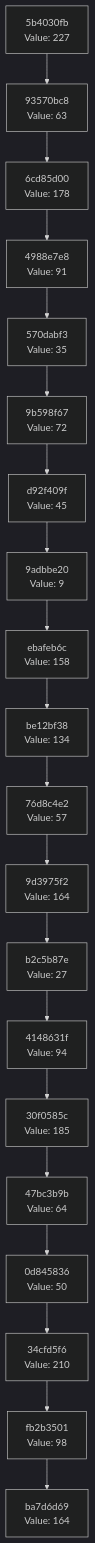
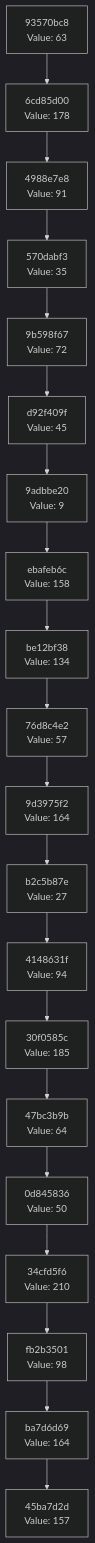
Before and after one commit to Abhisheksinha1506/hash-chain-evolver: the diagram in docs/CHAIN_VISUALIZATION.md, drawn with Mermaid (dark theme). The commit also changed 2 other files, not shown here.

Commit message:
Evolution Step

````diff
--- a/docs/CHAIN_VISUALIZATION.md
+++ b/docs/CHAIN_VISUALIZATION.md
@@ -3,42 +3,42 @@
 ```mermaid
 graph TD
-    C0["ba7d6d69<br/>Value: 164"]
-    C1["fb2b3501<br/>Value: 98"]
+    C0["45ba7d2d<br/>Value: 157"]
+    C1["ba7d6d69<br/>Value: 164"]
     C1 --> C0
-    C2["34cfd5f6<br/>Value: 210"]
+    C2["fb2b3501<br/>Value: 98"]
     C2 --> C1
-    C3["0d845836<br/>Value: 50"]
+    C3["34cfd5f6<br/>Value: 210"]
     C3 --> C2
-    C4["47bc3b9b<br/>Value: 64"]
+    C4["0d845836<br/>Value: 50"]
     C4 --> C3
-    C5["30f0585c<br/>Value: 185"]
+    C5["47bc3b9b<br/>Value: 64"]
     C5 --> C4
-    C6["4148631f<br/>Value: 94"]
+    C6["30f0585c<br/>Value: 185"]
     C6 --> C5
-    C7["b2c5b87e<br/>Value: 27"]
+    C7["4148631f<br/>Value: 94"]
     C7 --> C6
-    C8["9d3975f2<br/>Value: 164"]
+    C8["b2c5b87e<br/>Value: 27"]
     C8 --> C7
-    C9["76d8c4e2<br/>Value: 57"]
+    C9["9d3975f2<br/>Value: 164"]
     C9 --> C8
-    C10["be12bf38<br/>Value: 134"]
+    C10["76d8c4e2<br/>Value: 57"]
     C10 --> C9
-    C11["ebafeb6c<br/>Value: 158"]
+    C11["be12bf38<br/>Value: 134"]
     C11 --> C10
-    C12["9adbbe20<br/>Value: 9"]
+    C12["ebafeb6c<br/>Value: 158"]
     C12 --> C11
-    C13["d92f409f<br/>Value: 45"]
+    C13["9adbbe20<br/>Value: 9"]
     C13 --> C12
-    C14["9b598f67<br/>Value: 72"]
+    C14["d92f409f<br/>Value: 45"]
     C14 --> C13
-    C15["570dabf3<br/>Value: 35"]
+    C15["9b598f67<br/>Value: 72"]
     C15 --> C14
-    C16["4988e7e8<br/>Value: 91"]
+    C16["570dabf3<br/>Value: 35"]
     C16 --> C15
-    C17["6cd85d00<br/>Value: 178"]
+    C17["4988e7e8<br/>Value: 91"]
     C17 --> C16
-    C18["93570bc8<br/>Value: 63"]
+    C18["6cd85d00<br/>Value: 178"]
     C18 --> C17
-    C19["5b4030fb<br/>Value: 227"]
+    C19["93570bc8<br/>Value: 63"]
     C19 --> C18
 ```
````
